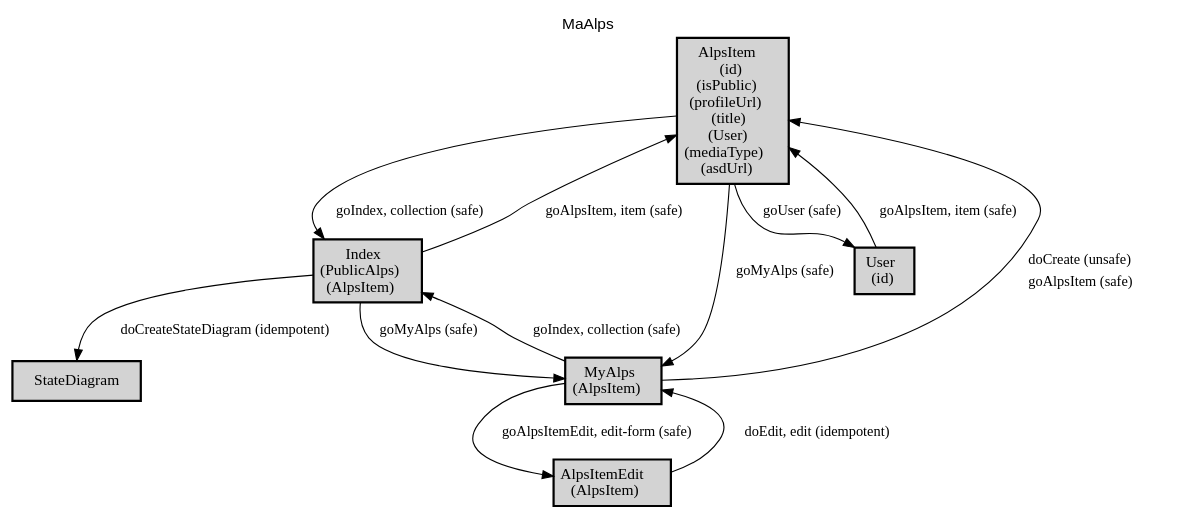
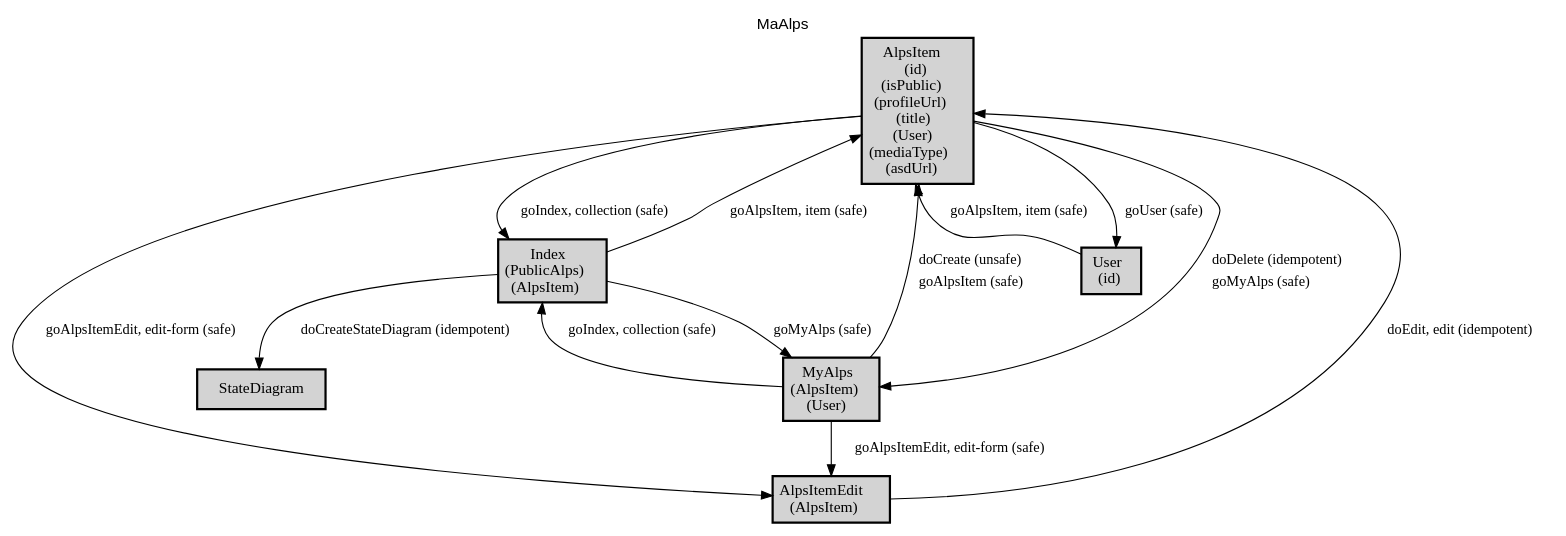
One commit to ma-alps/spec changed the diagram in docs/profile.dot. Above: the diagram before and after it, drawn with Graphviz. The commit also changed 6 other files, not shown here.

```diff
--- a/docs/profile.dot
+++ b/docs/profile.dot
@@ -1,30 +1,31 @@
 digraph application_state_diagram {
   graph [
     labelloc="t";
     fontname="Helvetica"
     label="MaAlps";
     URL="index.html" target="_parent"
   ];
   node [shape = box, style = "bold,filled" fillcolor="lightgray"];
 
     AlpsItem [margin=0.02, label=<<table cellspacing="0" cellpadding="5" border="0"><tr><td>AlpsItem<br />(id)<br />(isPublic)<br />(profileUrl)<br />(title)<br />(User)<br />(mediaType)<br />(asdUrl)<br /></td></tr></table>>,shape=box URL="docs/semantic.AlpsItem.html" target="_parent"]
     AlpsItemEdit [margin=0.02, label=<<table cellspacing="0" cellpadding="5" border="0"><tr><td>AlpsItemEdit<br />(AlpsItem)<br /></td></tr></table>>,shape=box URL="docs/semantic.AlpsItemEdit.html" target="_parent"]
     Index [margin=0.02, label=<<table cellspacing="0" cellpadding="5" border="0"><tr><td>Index<br />(PublicAlps)<br />(AlpsItem)<br /></td></tr></table>>,shape=box URL="docs/semantic.Index.html" target="_parent"]
-    MyAlps [margin=0.02, label=<<table cellspacing="0" cellpadding="5" border="0"><tr><td>MyAlps<br />(AlpsItem)<br /></td></tr></table>>,shape=box URL="docs/semantic.MyAlps.html" target="_parent"]
+    MyAlps [margin=0.02, label=<<table cellspacing="0" cellpadding="5" border="0"><tr><td>MyAlps<br />(AlpsItem)<br />(User)<br /></td></tr></table>>,shape=box URL="docs/semantic.MyAlps.html" target="_parent"]
     User [margin=0.02, label=<<table cellspacing="0" cellpadding="5" border="0"><tr><td>User<br />(id)<br /></td></tr></table>>,shape=box URL="docs/semantic.User.html" target="_parent"]
 
+    AlpsItem -> AlpsItemEdit [label = "goAlpsItemEdit, edit-form (safe)" URL="docs/safe.goAlpsItemEdit.html" target="_parent" fontsize=13];
     AlpsItem -> Index [label = "goIndex, collection (safe)" URL="docs/safe.goIndex.html" target="_parent" fontsize=13];
-    AlpsItem -> MyAlps [label = "goMyAlps (safe)" URL="docs/safe.goMyAlps.html" target="_parent" fontsize=13];
+    AlpsItem -> MyAlps [label=<<table  border="0"><tr><td align="left" href="docs/idempotent.doDelete.html">doDelete (idempotent)</td></tr><tr><td align="left" href="docs/safe.goMyAlps.html">goMyAlps (safe)</td></tr></table>> fontsize=13];
     AlpsItem -> User [label = "goUser (safe)" URL="docs/safe.goUser.html" target="_parent" fontsize=13];
-    AlpsItemEdit -> MyAlps [label = "doEdit, edit (idempotent)" URL="docs/idempotent.doEdit.html" target="_parent" fontsize=13];
+    AlpsItemEdit -> AlpsItem [label = "doEdit, edit (idempotent)" URL="docs/idempotent.doEdit.html" target="_parent" fontsize=13];
     Index -> AlpsItem [label = "goAlpsItem, item (safe)" URL="docs/safe.goAlpsItem.html" target="_parent" fontsize=13];
     Index -> MyAlps [label = "goMyAlps (safe)" URL="docs/safe.goMyAlps.html" target="_parent" fontsize=13];
     Index -> StateDiagram [label = "doCreateStateDiagram (idempotent)" URL="docs/idempotent.doCreateStateDiagram.html" target="_parent" fontsize=13];
     MyAlps -> AlpsItem [label=<<table  border="0"><tr><td align="left" href="docs/unsafe.doCreate.html">doCreate (unsafe)</td></tr><tr><td align="left" href="docs/safe.goAlpsItem.html">goAlpsItem (safe)</td></tr></table>> fontsize=13];
     MyAlps -> AlpsItemEdit [label = "goAlpsItemEdit, edit-form (safe)" URL="docs/safe.goAlpsItemEdit.html" target="_parent" fontsize=13];
     MyAlps -> Index [label = "goIndex, collection (safe)" URL="docs/safe.goIndex.html" target="_parent" fontsize=13];
     User -> AlpsItem [label = "goAlpsItem, item (safe)" URL="docs/safe.goAlpsItem.html" target="_parent" fontsize=13];
 
     StateDiagram [URL="docs/semantic.StateDiagram.html" target="_parent"]
 
 }
```
